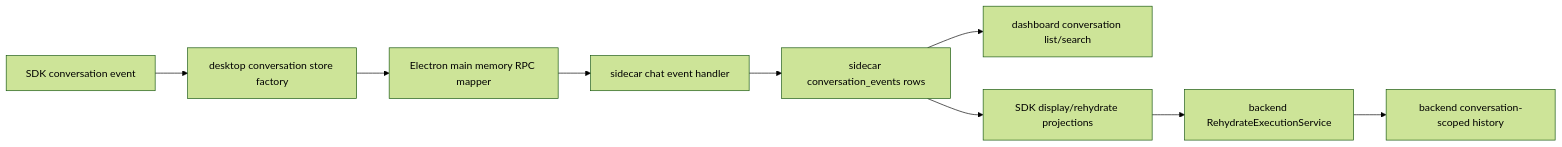
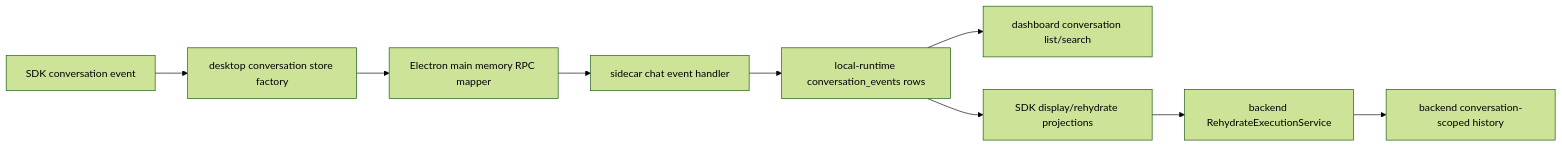
One commit to buiilding/My_Own_OpenClaw changed the diagram in docs/memory/transcript_replay_change_workflow.md. Above: the diagram before and after it, drawn with Mermaid (forest theme). The commit also changed other lines of this file and 12 other files, not shown here.

First line of the commit message:
docs(memory): route transcript storage through local runtime

````diff
--- a/docs/memory/transcript_replay_change_workflow.md
+++ b/docs/memory/transcript_replay_change_workflow.md
@@ -18,11 +18,11 @@
 ```mermaid
 flowchart LR
     A["SDK conversation event"] --> B["desktop conversation store factory"]
     B --> C["Electron main memory RPC mapper"]
     C --> D["sidecar chat event handler"]
-    D --> E["sidecar conversation_events rows"]
+    D --> E["local-runtime conversation_events rows"]
     E --> F["dashboard conversation list/search"]
     E --> G["SDK display/rehydrate projections"]
     G --> I["backend RehydrateExecutionService"]
     I --> J["backend conversation-scoped history"]
 ```
````
